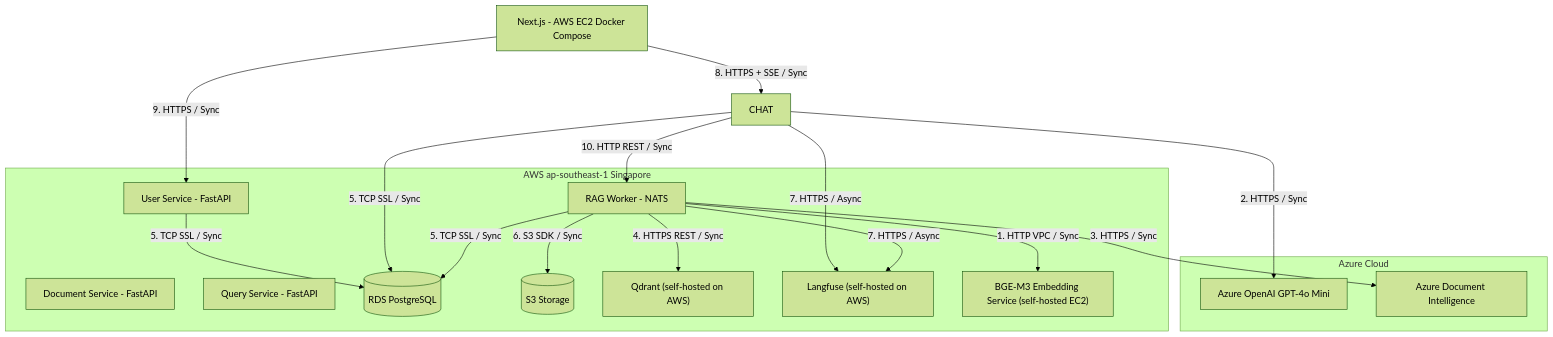
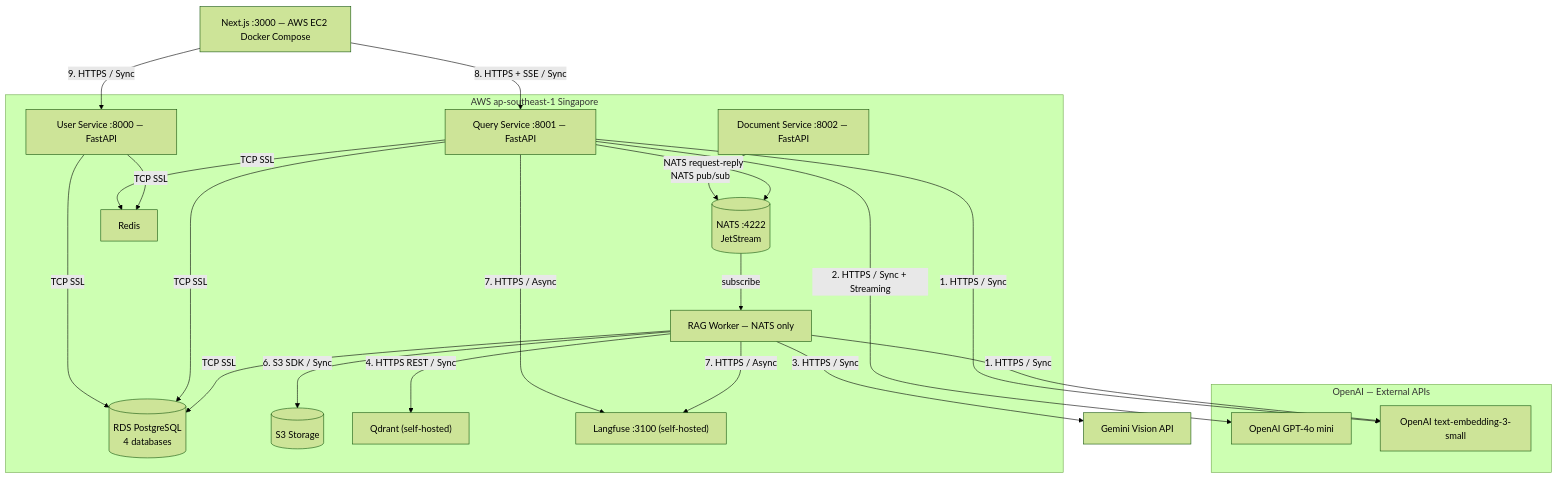
Before and after one commit to cds0987/DA08-VSF-AI: the fourth of 6 diagrams in docs/SA_RAG_Chatbot_Final.md, drawn with Mermaid (forest theme). The commit also changed other lines of this file and 13 other files, not shown here.

````diff
--- a/docs/SA_RAG_Chatbot_Final.md
+++ b/docs/SA_RAG_Chatbot_Final.md
@@ -412,35 +435,42 @@
 ```mermaid
 flowchart TB
-    NEXTJS[Next.js - AWS EC2 Docker Compose]
+    NEXTJS["Next.js :3000 — AWS EC2 Docker Compose"]
 
-    subgraph AWS[AWS ap-southeast-1 Singapore]
-        USVC[User Service - FastAPI]
-        INGEST[Document Service - FastAPI]
-        QUERY[Query Service - FastAPI]
-        RAG[RAG Worker - NATS]
-        PG[(RDS PostgreSQL)]
-        S3[(S3 Storage)]
-        QDRANT["Qdrant (self-hosted on AWS)"]
-        LF["Langfuse (self-hosted on AWS)"]
-        BGE["BGE-M3 Embedding Service (self-hosted EC2)"]
+    subgraph AWS["AWS ap-southeast-1 Singapore"]
+        USVC["User Service :8000 — FastAPI"]
+        INGEST["Document Service :8002 — FastAPI"]
+        QUERY["Query Service :8001 — FastAPI"]
+        RAG["RAG Worker — NATS only"]
+        NATS_B[("NATS :4222\nJetStream")]
+        PG[("RDS PostgreSQL\n4 databases")]
+        S3[("S3 Storage")]
+        QDRANT["Qdrant (self-hosted)"]
+        LF["Langfuse :3100 (self-hosted)"]
+        REDIS["Redis"]
     end
 
-    subgraph AZURE[Azure Cloud]
-        AOAI[Azure OpenAI GPT-4o Mini]
-        ADI[Azure Document Intelligence]
+    subgraph OPENAI_EXT["OpenAI — External APIs"]
+        AOAI["OpenAI GPT-4o mini"]
+        EMB_API["OpenAI text-embedding-3-small"]
     end
+    GEMINI_EXT["Gemini Vision API"]
 
     NEXTJS -- "9. HTTPS / Sync" --> USVC
-    NEXTJS -- "8. HTTPS + SSE / Sync" --> CHAT
-    CHAT -- "10. HTTP REST / Sync" --> RAG
-    USVC -- "5. TCP SSL / Sync" --> PG
-    CHAT -- "5. TCP SSL / Sync" --> PG
-    RAG -- "5. TCP SSL / Sync" --> PG
-    CHAT -- "2. HTTPS / Sync" --> AOAI
-    RAG -- "1. HTTP VPC / Sync" --> BGE
-    RAG -- "3. HTTPS / Sync" --> ADI
+    NEXTJS -- "8. HTTPS + SSE / Sync" --> QUERY
+    USVC -- "TCP SSL" --> PG
+    QUERY -- "TCP SSL" --> PG
+    RAG -- "TCP SSL" --> PG
+    QUERY -- "2. HTTPS / Sync + Streaming" --> AOAI
+    QUERY -- "1. HTTPS / Sync" --> EMB_API
+    RAG -- "1. HTTPS / Sync" --> EMB_API
+    RAG -- "3. HTTPS / Sync" --> GEMINI_EXT
     RAG -- "4. HTTPS REST / Sync" --> QDRANT
     RAG -- "6. S3 SDK / Sync" --> S3
-    CHAT -- "7. HTTPS / Async" --> LF
+    QUERY -- "7. HTTPS / Async" --> LF
     RAG -- "7. HTTPS / Async" --> LF
+    INGEST -- "NATS pub/sub" --> NATS_B
+    QUERY -- "NATS request-reply" --> NATS_B
+    NATS_B -- "subscribe" --> RAG
+    QUERY -- "TCP SSL" --> REDIS
+    USVC -- "TCP SSL" --> REDIS
 ```
````
